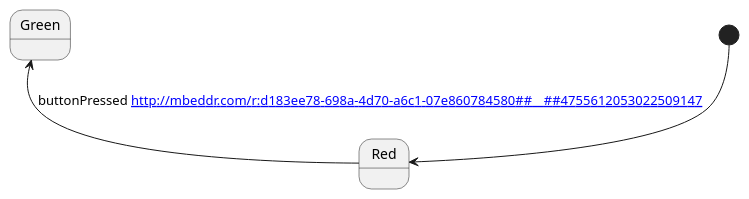
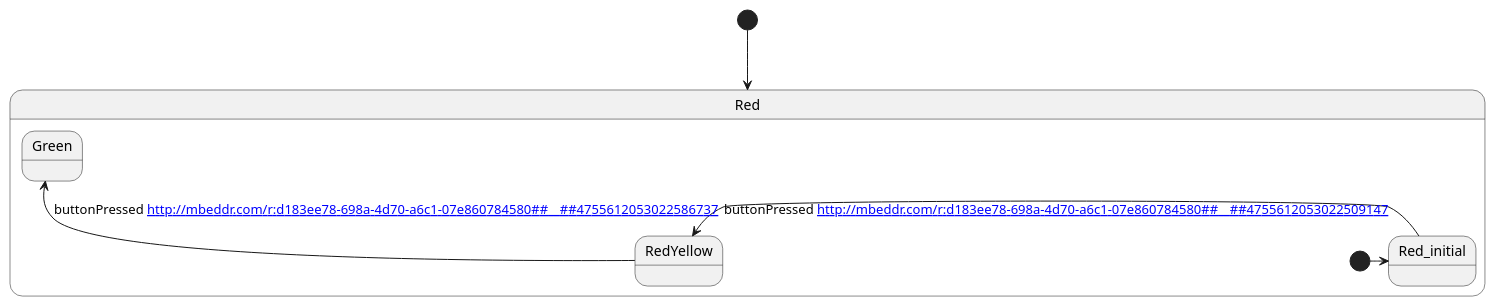
One commit to JetBrains/MPS-extensions changed the diagram in code/languages/com.mbeddr.doc/solutions/com.mbeddr.doc.sandbox/_vis/DocumentationOfDocumentation.intro.base.ampel.puml. Above: the diagram before and after it, drawn with PlantUML. The commit also changed 10 other files, not shown here.

```diff
--- a/code/languages/com.mbeddr.doc/solutions/com.mbeddr.doc.sandbox/_vis/DocumentationOfDocumentation.intro.base.ampel.puml
+++ b/code/languages/com.mbeddr.doc/solutions/com.mbeddr.doc.sandbox/_vis/DocumentationOfDocumentation.intro.base.ampel.puml
@@ -1,10 +1,18 @@
 @startuml
 [*] --> Red
 state "Red" as Red {
+  [*] -> Red_initialRed
+state "Red_initial" as Red_initialRed {
 }
-url of Red is [[http://mbeddr.com/r:d183ee78-698a-4d70-a6c1-07e860784580##__##4755612053022236788]]
-Red -up-> Green : buttonPressed [[http://mbeddr.com/r:d183ee78-698a-4d70-a6c1-07e860784580##__##4755612053022509147]]
+url of Red_initialRed is [[http://mbeddr.com/r:d183ee78-698a-4d70-a6c1-07e860784580##__##4755612053022236788]]
+Red_initialRed -left-> RedYellowRed : buttonPressed [[http://mbeddr.com/r:d183ee78-698a-4d70-a6c1-07e860784580##__##4755612053022509147]]
+state "RedYellow" as RedYellowRed {
+}
+url of RedYellowRed is [[http://mbeddr.com/r:d183ee78-698a-4d70-a6c1-07e860784580##__##4755612053022586736]]
+RedYellowRed -up-> Green : buttonPressed [[http://mbeddr.com/r:d183ee78-698a-4d70-a6c1-07e860784580##__##4755612053022586737]]
+}
+url of Red is [[http://mbeddr.com/r:d183ee78-698a-4d70-a6c1-07e860784580##__##4755612053022586734]]
 state "Green" as Green {
 }
 url of Green is [[http://mbeddr.com/r:d183ee78-698a-4d70-a6c1-07e860784580##__##4755612053022509146]]
 @enduml
```
